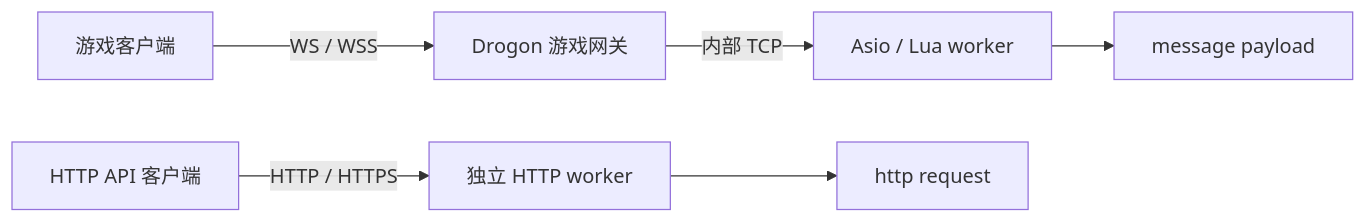
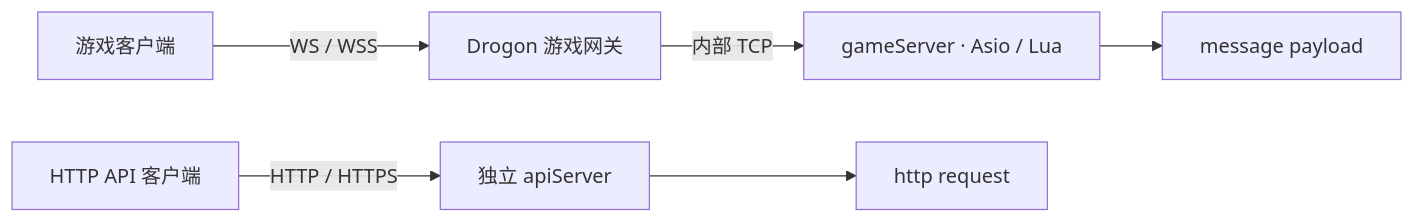
The diagram in docs/zh/guide.md (cuihairu/mistlane), drawn with Mermaid before and after one commit. The commit also changed other lines of this file and 58 other files, not shown here.

````diff
--- a/docs/zh/guide.md
+++ b/docs/zh/guide.md
@@ -80,8 +79,8 @@
 ```mermaid
 flowchart LR
   Client[游戏客户端] -->|WS / WSS| Gateway[Drogon 游戏网关]
-  Gateway -->|内部 TCP| Worker[Asio / Lua worker]
+  Gateway -->|内部 TCP| Worker[gameServer · Asio / Lua]
   Worker --> Message[message payload]
-  Api[HTTP API 客户端] -->|HTTP / HTTPS| Http[独立 HTTP worker]
+  Api[HTTP API 客户端] -->|HTTP / HTTPS| Http[独立 apiServer]
   Http --> Handler[http request]
 ```
````
